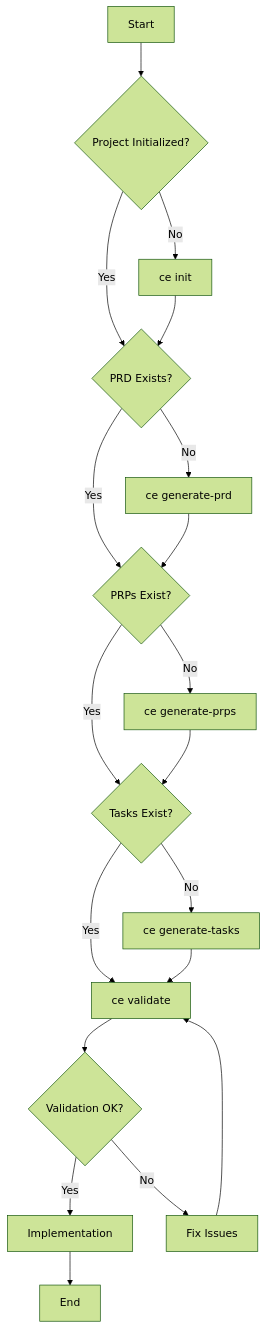
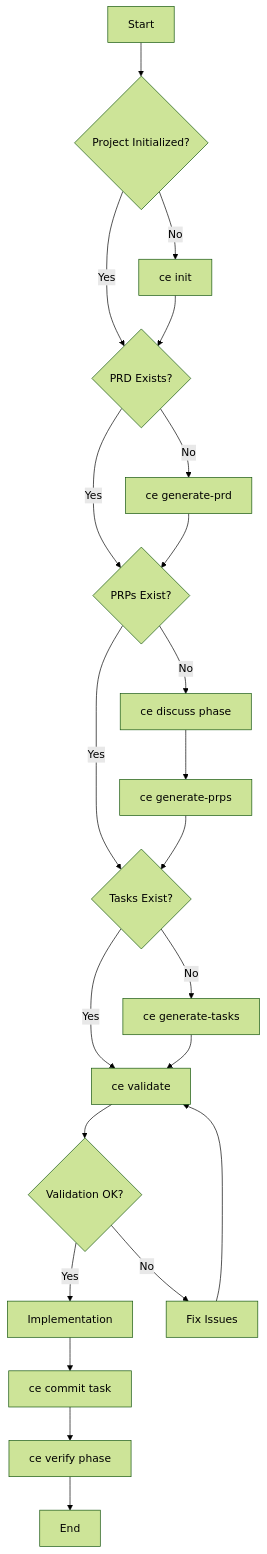
One commit to Benrebello/context-engineer changed the first of 15 diagrams in docs/assets/cli-workflow-diagram.md. Above: the diagram before and after it, drawn with Mermaid (forest theme). The commit also changed other lines of this file and 230 other files, not shown here.

````diff
--- a/docs/assets/cli-workflow-diagram.md
+++ b/docs/assets/cli-workflow-diagram.md
@@ -9,21 +9,24 @@
 ```mermaid
 graph TD
     A[Start] --> B{Project Initialized?}
     B -->|No| C[ce init]
     B -->|Yes| D{PRD Exists?}
     C --> D
     D -->|No| E[ce generate-prd]
     D -->|Yes| F{PRPs Exist?}
     E --> F
-    F -->|No| G[ce generate-prps]
+    F -->|No| F1[ce discuss phase]
+    F1 --> G[ce generate-prps]
     F -->|Yes| H{Tasks Exist?}
     G --> H
     H -->|No| I[ce generate-tasks]
     H -->|Yes| J[ce validate]
     I --> J
     J --> K{Validation OK?}
     K -->|Yes| L[Implementation]
     K -->|No| M[Fix Issues]
     M --> J
-    L --> N[End]
+    L --> L1[ce commit task]
+    L1 --> L2[ce verify phase]
+    L2 --> N[End]
 ```
````
